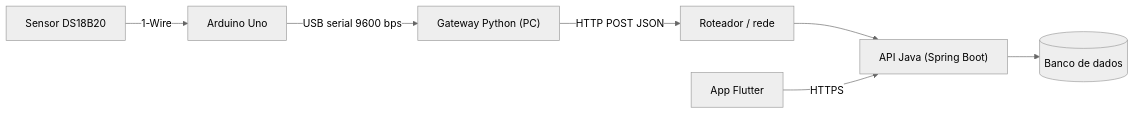
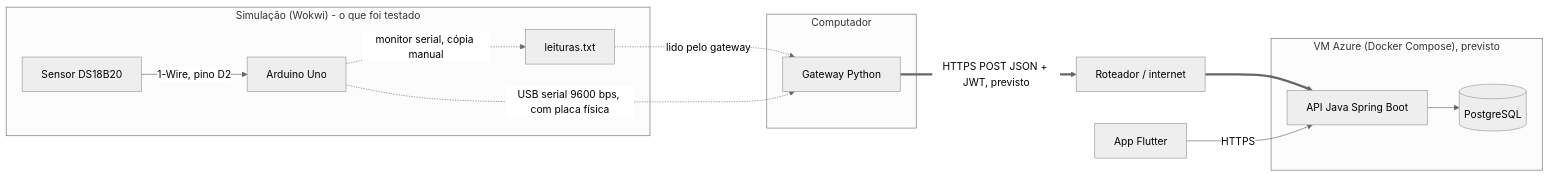
The diagram in README.md (caike-roberto/Vacismart-IOT), drawn with Mermaid (neutral theme) before and after one commit. The commit also changed other lines of this file, not shown here.

Commit message:
Aualiza README com diagrama, metricas e correcoes

````diff
--- a/README.md
+++ b/README.md
@@ -72,9 +72,18 @@
 ```mermaid
 flowchart LR
-  S["Sensor DS18B20"] -->|"1-Wire"| A["Arduino Uno"]
-  A -->|"USB serial 9600 bps"| G["Gateway Python (PC)"]
-  G -->|"HTTP POST JSON"| R["Roteador / rede"]
-  R --> API["API Java (Spring Boot)"]
-  API --> DB[("Banco de dados")]
-  APP["App Flutter"] -->|"HTTPS"| API
+  subgraph SIM["Simulação (Wokwi) - o que foi testado"]
+    S[Sensor DS18B20] -->|1-Wire, pino D2| A[Arduino Uno]
+    A -.->|monitor serial, cópia manual| T[leituras.txt]
+  end
+  subgraph PC["Computador"]
+    G[Gateway Python]
+  end
+  subgraph AZ["VM Azure (Docker Compose), previsto"]
+    API[API Java Spring Boot] --> DB[(PostgreSQL)]
+  end
+  T -.->|lido pelo gateway| G
+  A -.->|USB serial 9600 bps, com placa física| G
+  G ==>|HTTPS POST JSON + JWT, previsto| R[Roteador / internet]
+  R ==> API
+  APP[App Flutter] -->|HTTPS| API
 ```
````
